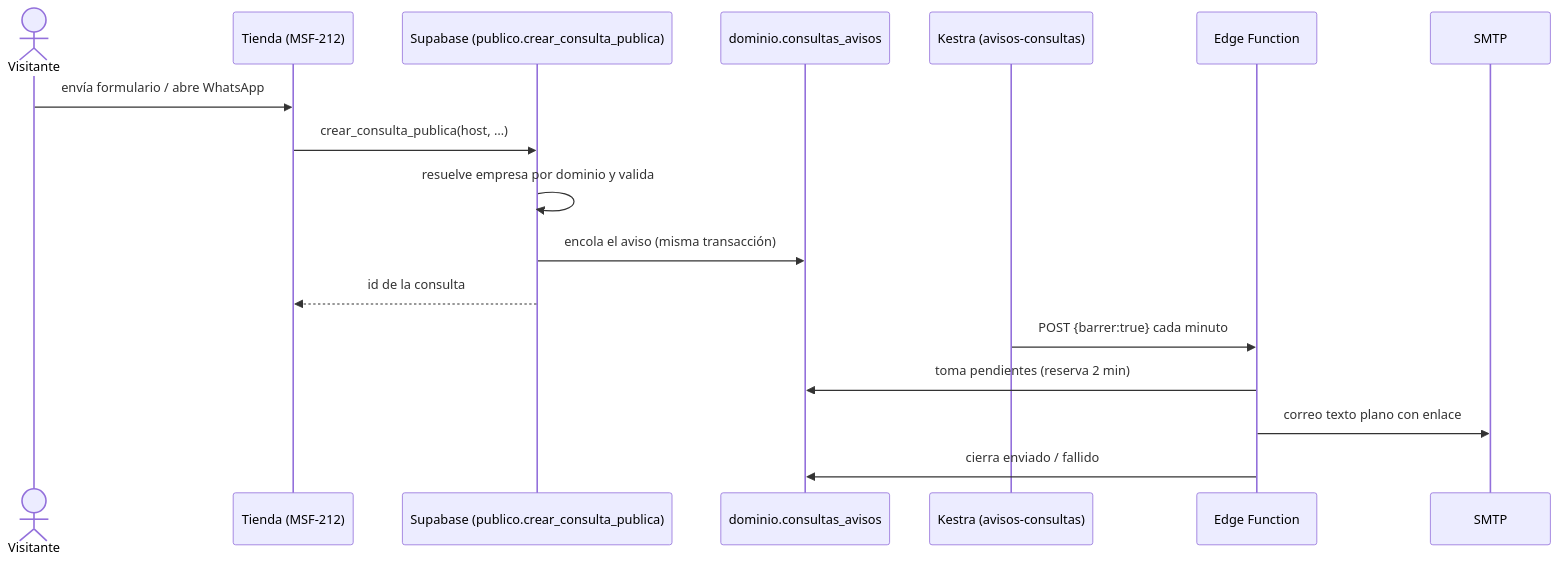
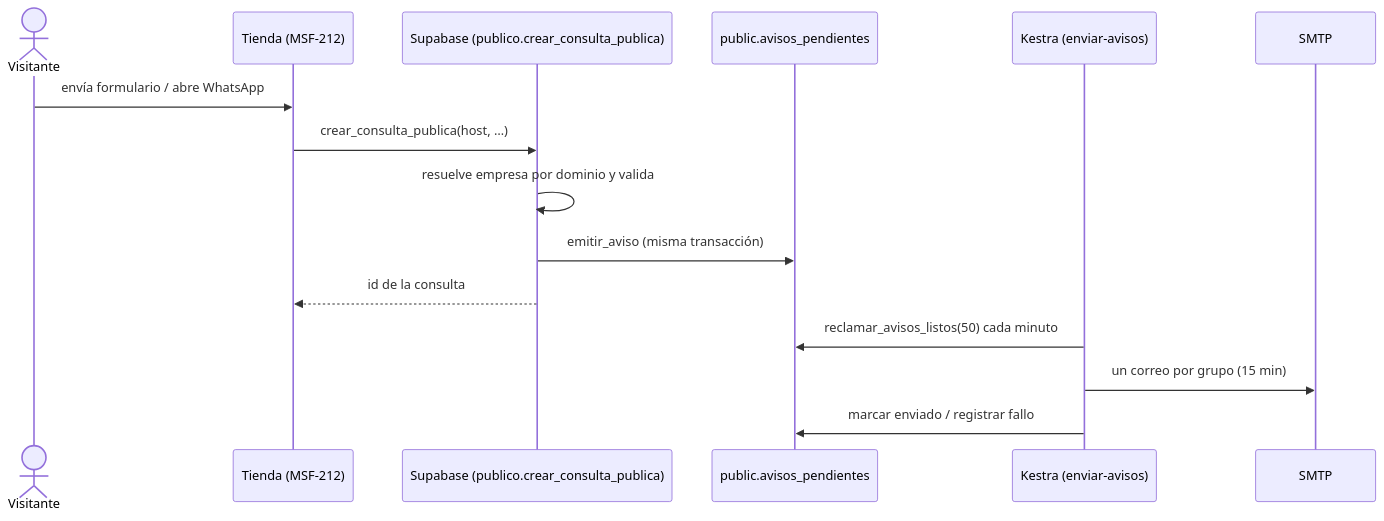
The second of 2 diagrams in docs/tecnico/consultas.md (nicolasjones/multistorefront-meli), drawn with Mermaid before and after one commit. The commit also changed other lines of this file and 14 other files, not shown here.

````diff
--- a/docs/tecnico/consultas.md
+++ b/docs/tecnico/consultas.md
@@ -169,19 +172,17 @@
 ```mermaid
 sequenceDiagram
   actor V as Visitante
   participant T as Tienda (MSF-212)
   participant DB as Supabase (publico.crear_consulta_publica)
-  participant Q as dominio.consultas_avisos
-  participant K as Kestra (avisos-consultas)
-  participant F as Edge Function
+  participant Q as public.avisos_pendientes
+  participant K as Kestra (enviar-avisos)
   participant M as SMTP
   V->>T: envía formulario / abre WhatsApp
   T->>DB: crear_consulta_publica(host, …)
   DB->>DB: resuelve empresa por dominio y valida
-  DB->>Q: encola el aviso (misma transacción)
+  DB->>Q: emitir_aviso (misma transacción)
   DB-->>T: id de la consulta
-  K->>F: POST {barrer:true} cada minuto
-  F->>Q: toma pendientes (reserva 2 min)
-  F->>M: correo texto plano con enlace
-  F->>Q: cierra enviado / fallido
+  K->>Q: reclamar_avisos_listos(50) cada minuto
+  K->>M: un correo por grupo (15 min)
+  K->>Q: marcar enviado / registrar fallo
 ```
````
